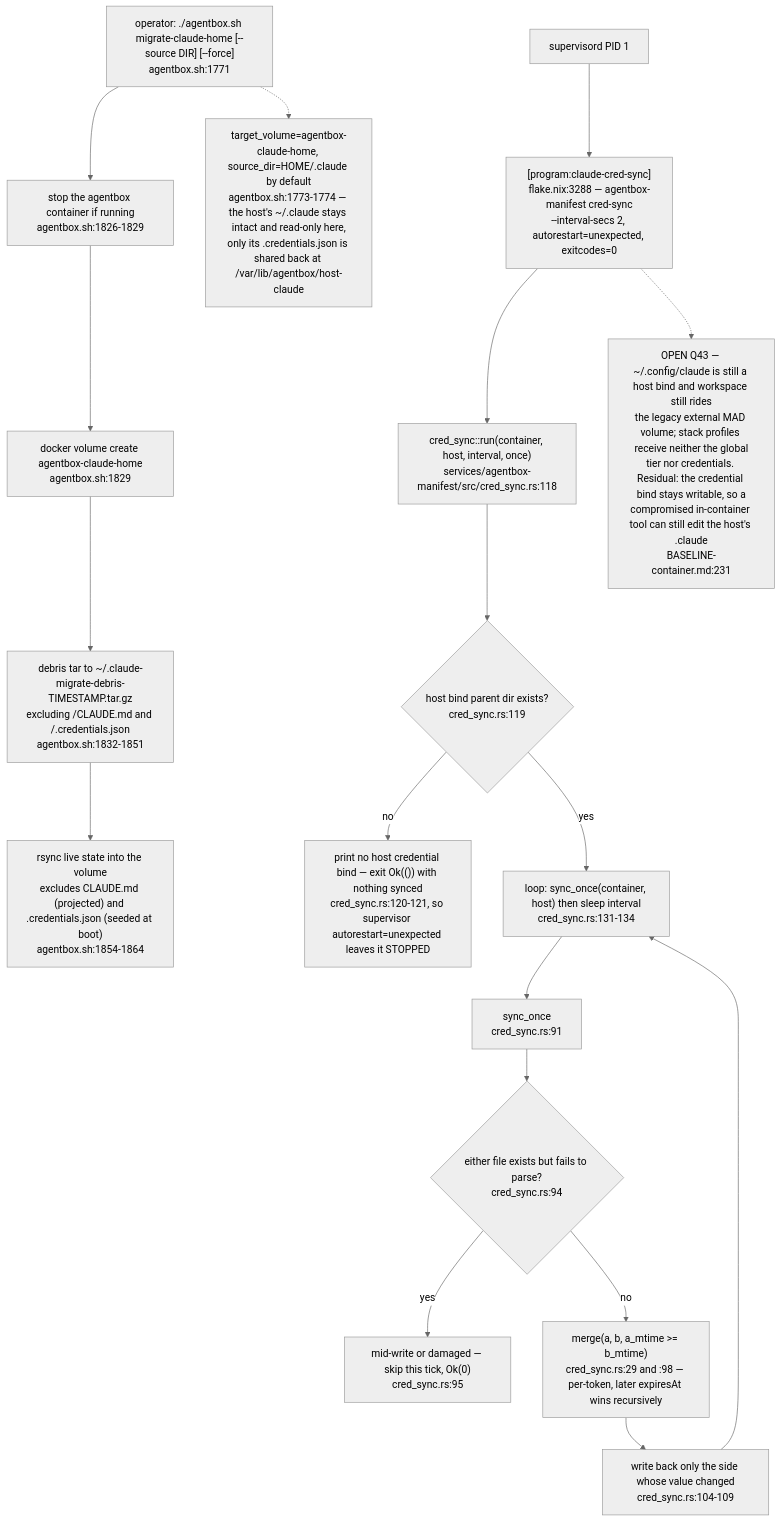
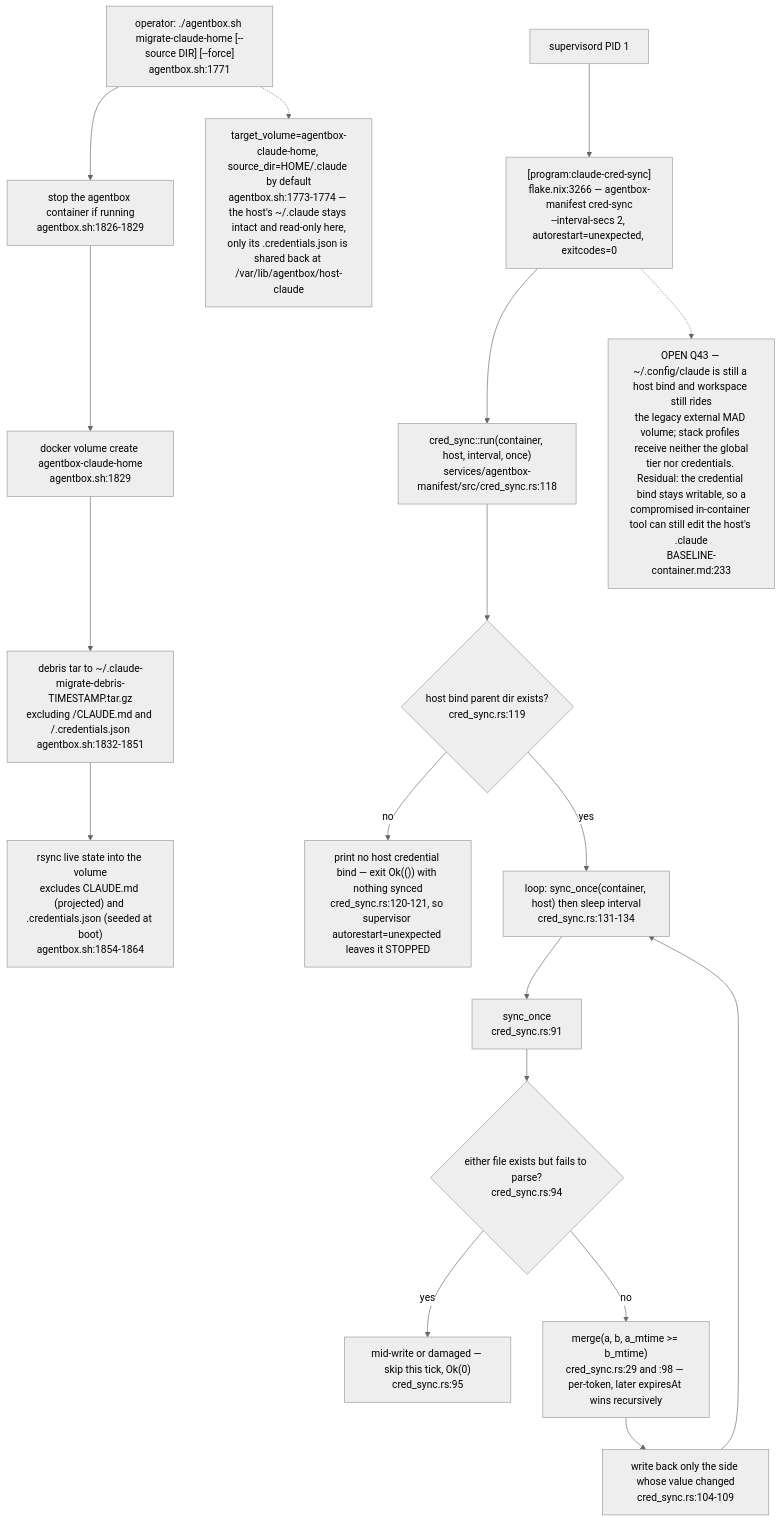
One commit to DreamLab-AI/VisionFlow changed diagram 11 of 11 in docs/diagrams/agentbox/07-daemons-reapers-cron-backups.md. Above: the diagram before and after it, drawn with Mermaid (neutral theme). The commit also changed other lines of this file and 145 other files, not shown here.

````diff
--- a/docs/diagrams/agentbox/07-daemons-reapers-cron-backups.md
+++ b/docs/diagrams/agentbox/07-daemons-reapers-cron-backups.md
@@ -401,22 +401,22 @@
 ```mermaid
 flowchart TD
     MIG["operator: ./agentbox.sh migrate-claude-home [--source DIR] [--force]<br/>agentbox.sh:1771"] --> STOP["stop the agentbox container if running<br/>agentbox.sh:1826-1829"]
     STOP --> VOL["docker volume create agentbox-claude-home<br/>agentbox.sh:1829"]
     VOL --> DEB["debris tar to ~/.claude-migrate-debris-TIMESTAMP.tar.gz<br/>excluding /CLAUDE.md and /.credentials.json<br/>agentbox.sh:1832-1851"]
     DEB --> RSYNC["rsync live state into the volume<br/>excludes CLAUDE.md (projected) and .credentials.json (seeded at boot)<br/>agentbox.sh:1854-1864"]
 
-    SUP["supervisord PID 1"] --> CS["[program:claude-cred-sync]<br/>flake.nix:3288 — agentbox-manifest cred-sync<br/>--interval-secs 2, autorestart=unexpected, exitcodes=0"]
+    SUP["supervisord PID 1"] --> CS["[program:claude-cred-sync]<br/>flake.nix:3266 — agentbox-manifest cred-sync<br/>--interval-secs 2, autorestart=unexpected, exitcodes=0"]
     CS --> RUN["cred_sync::run(container, host, interval, once)<br/>services/agentbox-manifest/src/cred_sync.rs:118"]
     RUN --> GATE{"host bind parent dir exists?<br/>cred_sync.rs:119"}
     GATE -->|no| EXIT0["print no host credential bind — exit Ok(()) with nothing synced<br/>cred_sync.rs:120-121, so supervisor autorestart=unexpected leaves it STOPPED"]
     GATE -->|yes| LOOP["loop: sync_once(container, host) then sleep interval<br/>cred_sync.rs:131-134"]
     LOOP --> SO["sync_once<br/>cred_sync.rs:91"]
     SO --> TORN{"either file exists but fails to parse?<br/>cred_sync.rs:94"}
     TORN -->|yes| WAIT["mid-write or damaged — skip this tick, Ok(0)<br/>cred_sync.rs:95"]
     TORN -->|no| MERGE["merge(a, b, a_mtime >= b_mtime)<br/>cred_sync.rs:29 and :98 — per-token, later expiresAt wins recursively"]
     MERGE --> WRITE["write back only the side whose value changed<br/>cred_sync.rs:104-109"]
     WRITE --> LOOP
 
     MIG -.-> NOTE1["target_volume=agentbox-claude-home, source_dir=HOME/.claude by default<br/>agentbox.sh:1773-1774 — the host's ~/.claude stays intact and read-only here,<br/>only its .credentials.json is shared back at /var/lib/agentbox/host-claude"]
-    CS -.-> Q43["OPEN Q43 — ~/.config/claude is still a host bind and workspace still rides<br/>the legacy external MAD volume; stack profiles receive neither the global<br/>tier nor credentials. Residual: the credential bind stays writable, so a<br/>compromised in-container tool can still edit the host's .claude<br/>BASELINE-container.md:231"]
+    CS -.-> Q43["OPEN Q43 — ~/.config/claude is still a host bind and workspace still rides<br/>the legacy external MAD volume; stack profiles receive neither the global<br/>tier nor credentials. Residual: the credential bind stays writable, so a<br/>compromised in-container tool can still edit the host's .claude<br/>BASELINE-container.md:233"]
 ```
````
